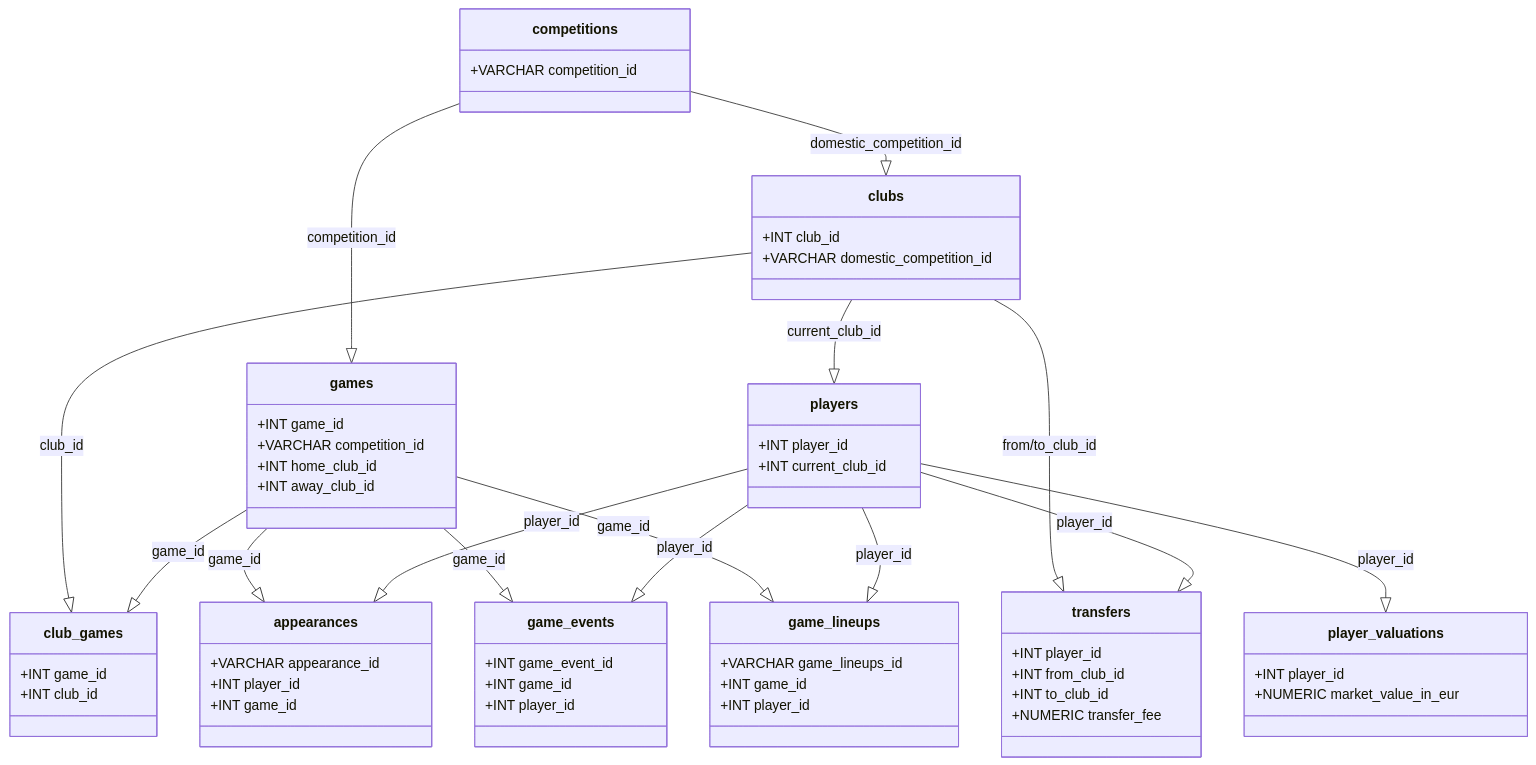
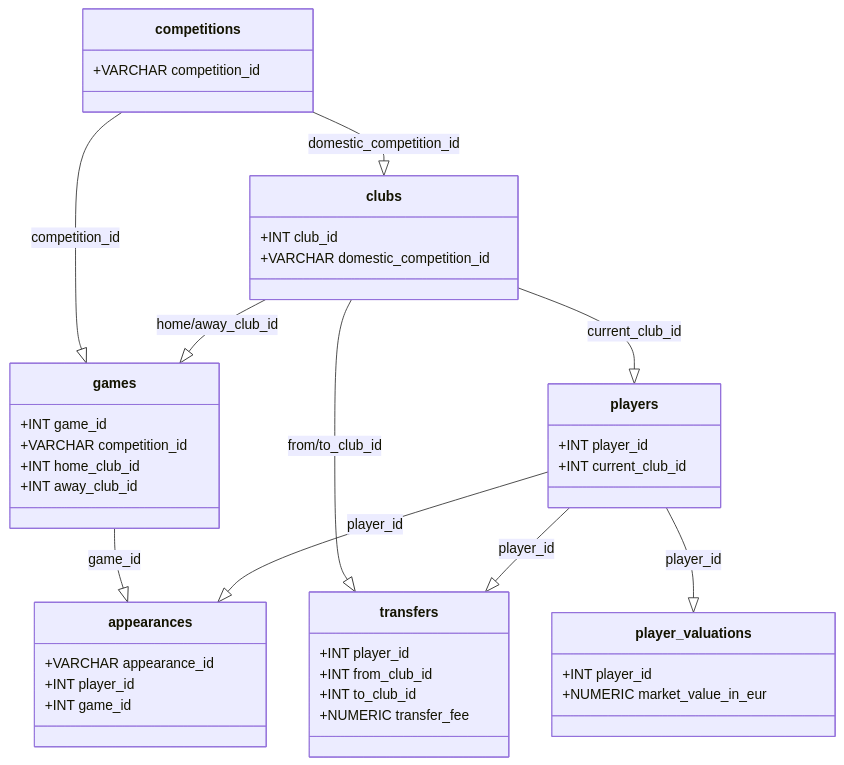
Before and after one commit to rafalrydzkowski/SQL_Transfermarkt_Data_Warehouse: the diagram in docs/proba.mmd, drawn with Mermaid.

Commit message:
Refactor player and game relationships in proba.mmd
Removed unused classes and their relationships from the diagram.

```diff
--- a/docs/proba.mmd
+++ b/docs/proba.mmd
@@ -1,75 +1,57 @@
 classDiagram
     direction TB
 
     %% Level 1: Meta-data
     class competitions {
         +VARCHAR competition_id
     }
 
     %% Level 2: Core Entities (Aligned)
     class games {
         +INT game_id
         +VARCHAR competition_id
         +INT home_club_id
         +INT away_club_id
     }
     class clubs {
         +INT club_id
         +VARCHAR domestic_competition_id
     }
 
     %% Level 3: Player & Transaction Data
     class players {
         +INT player_id
         +INT current_club_id
     }
     class transfers {
         +INT player_id
         +INT from_club_id
         +INT to_club_id
         +NUMERIC transfer_fee
     }
 
     %% Level 4: Performance & Valuation (Leaf Tables)
     class appearances {
         +VARCHAR appearance_id
         +INT player_id
         +INT game_id
     }
     class player_valuations {
         +INT player_id
         +NUMERIC market_value_in_eur
     }
-    class game_events {
-        +INT game_event_id
-        +INT game_id
-        +INT player_id
-    }
-    class game_lineups {
-        +VARCHAR game_lineups_id
-        +INT game_id
-        +INT player_id
-    }
-    class club_games {
-        +INT game_id
-        +INT club_id
-    }
 
     %% Relationships
     competitions --|> games : competition_id
     competitions --|> clubs : domestic_competition_id
     
+    %% KLUCZOWE POŁĄCZENIE CLUBS <-> GAMES
+    clubs --|> games : home/away_club_id
+    
     clubs --|> players : current_club_id
     clubs --|> transfers : from/to_club_id
-    clubs --|> club_games : club_id
     
-    games --|> club_games : game_id
     games --|> appearances : game_id
-    games --|> game_events : game_id
-    games --|> game_lineups : game_id
-    
     players --|> appearances : player_id
     players --|> transfers : player_id
     players --|> player_valuations : player_id
-    players --|> game_events : player_id
-    players --|> game_lineups : player_id
```
